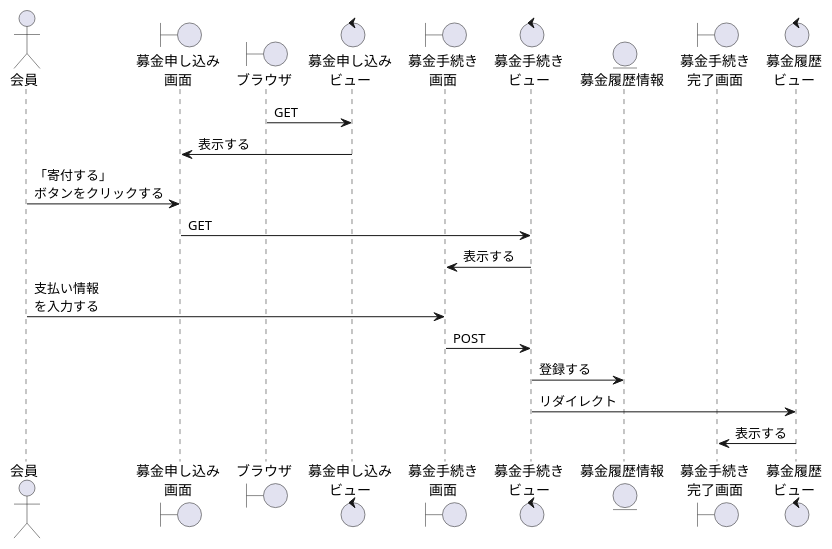
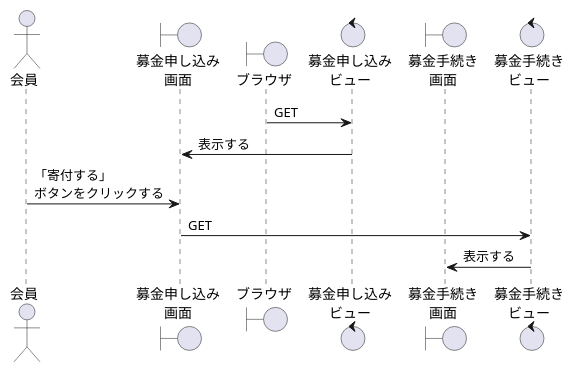
Before and after one commit to ysyk-wtnb16/team_D: the diagram in 卒業研究/募金申し込み.wsd, drawn with PlantUML. The commit also changed 3 other files, not shown here.

```diff
--- a/卒業研究/募金申し込み.wsd
+++ b/卒業研究/募金申し込み.wsd
@@ -1,22 +1,14 @@
 @startuml money
 actor "会員" as user
 boundary "募金申し込み\n画面" as Moneys
 boundary "ブラウザ" as brz
 control "募金申し込み\nビュー" as Moneyv
 boundary "募金手続き\n画面" as MoneyPs
 control "募金手続き\nビュー" as MoneyPv
-entity "募金履歴情報" as Moneyhistory
-boundary "募金手続き\n完了画面" as MoneyPOKv
-control "募金履歴\nビュー" as Moneyhistoryv
 
 brz -> Moneyv:GET
 Moneys <- Moneyv:表示する
 user -> Moneys:「寄付する」\nボタンをクリックする
 Moneys -> MoneyPv:GET
 MoneyPs <- MoneyPv:表示する
-user -> MoneyPs:支払い情報\nを入力する
-MoneyPs -> MoneyPv:POST
-MoneyPv -> Moneyhistory:登録する
-MoneyPv -> Moneyhistoryv:リダイレクト
-MoneyPOKv <- Moneyhistoryv:表示する
 @enduml
```
